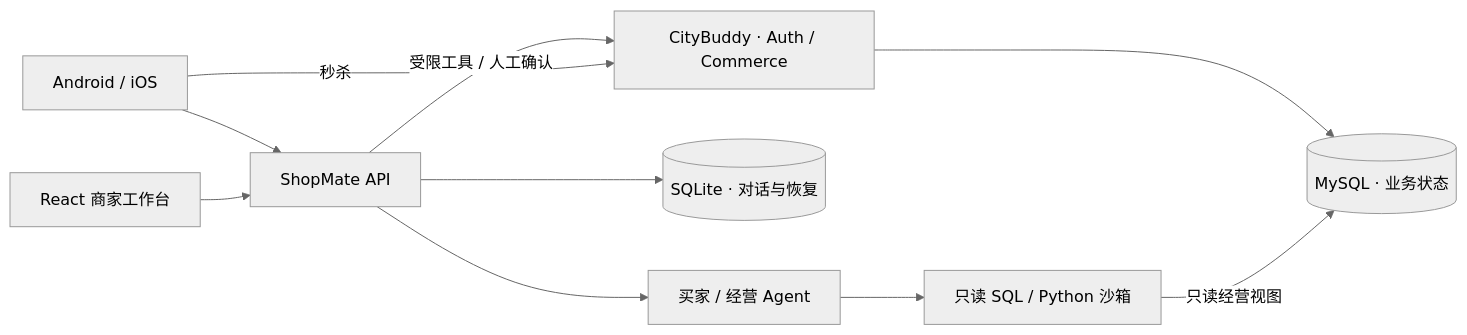
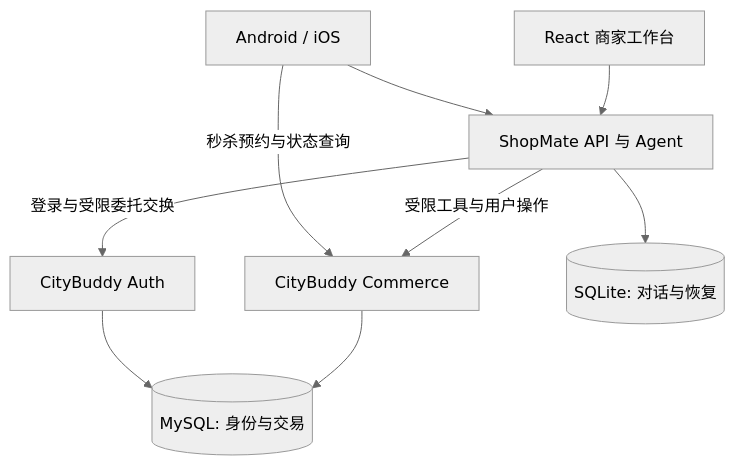
The first of 2 diagrams in README.zh-CN.md (ChanTso/shopmate), drawn with Mermaid (neutral theme) before and after one commit. The commit also changed other lines of this file and 24 other files, not shown here.

````diff
--- a/README.zh-CN.md
+++ b/README.zh-CN.md
@@ -35,12 +45,11 @@
 ```mermaid
-flowchart LR
-    App[Android / iOS] --> Host[ShopMate API]
+flowchart TB
+    App[Android / iOS] --> Host[ShopMate API 与 Agent]
     Web[React 商家工作台] --> Host
-    Host --> Agents[买家 / 经营 Agent]
-    Agents --> Analysis[只读 SQL / Python 沙箱]
-    Host --> State[(SQLite · 对话与恢复)]
-    Host -->|受限工具 / 人工确认| Java[CityBuddy · Auth / Commerce]
-    App -->|秒杀| Java
-    Java --> DB[(MySQL · 业务状态)]
-    Analysis -->|只读经营视图| DB
+    App -->|秒杀预约与状态查询| Commerce[CityBuddy Commerce]
+    Host -->|登录与受限委托交换| Auth[CityBuddy Auth]
+    Host -->|受限工具与用户操作| Commerce
+    Host --> State[(SQLite: 对话与恢复)]
+    Auth --> DB[(MySQL: 身份与交易)]
+    Commerce --> DB
 ```
````
